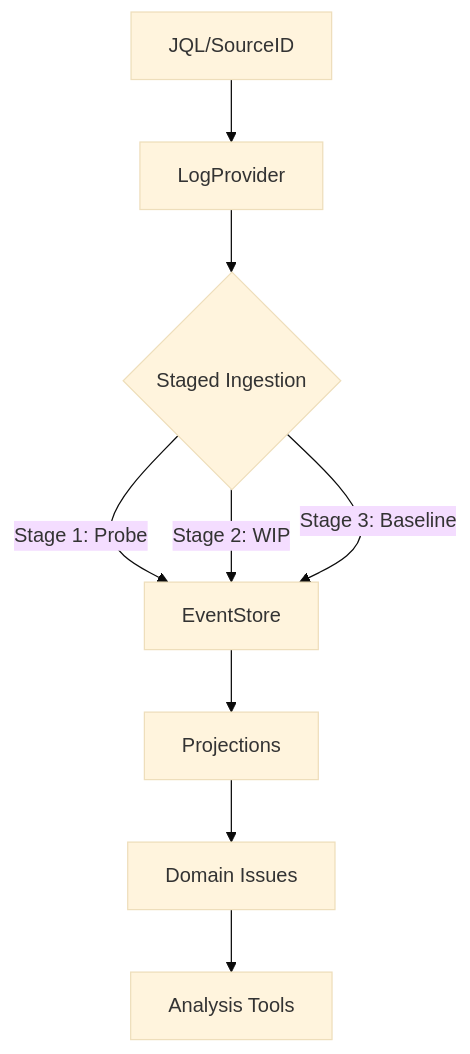
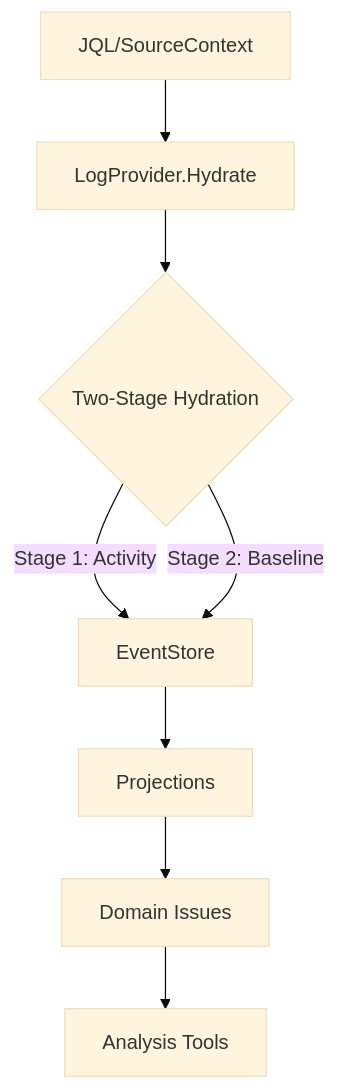
The second of 2 diagrams in docs/architecture.md (bbak/mcs-mcp), drawn with Mermaid (base theme) before and after one commit. The commit also changed other lines of this file and 22 other files, not shown here.

````diff
--- a/docs/architecture.md
+++ b/docs/architecture.md
@@ -255,11 +256,10 @@
 ```mermaid
 graph TD
-    A[JQL/SourceID] --> B[LogProvider]
-    B --> C{Staged Ingestion}
-    C -->|Stage 1: Probe| D[EventStore]
-    C -->|Stage 2: WIP| D
-    C -->|Stage 3: Baseline| D
+    A[JQL/SourceContext] --> B[LogProvider.Hydrate]
+    B --> C{Two-Stage Hydration}
+    C -->|Stage 1: Activity| D[EventStore]
+    C -->|Stage 2: Baseline| D
     D --> E[Projections]
     E --> F[Domain Issues]
     F --> G[Analysis Tools]
 ```
````
